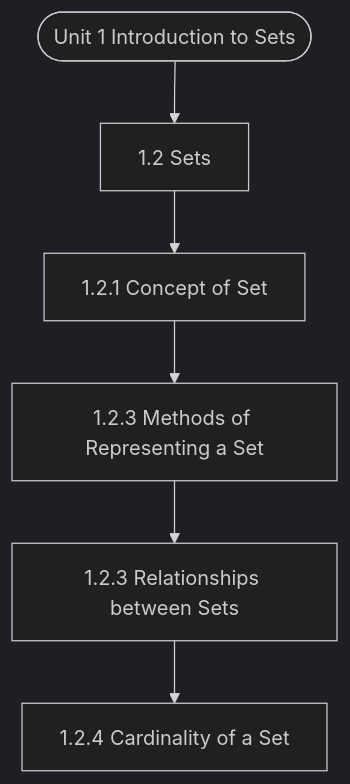
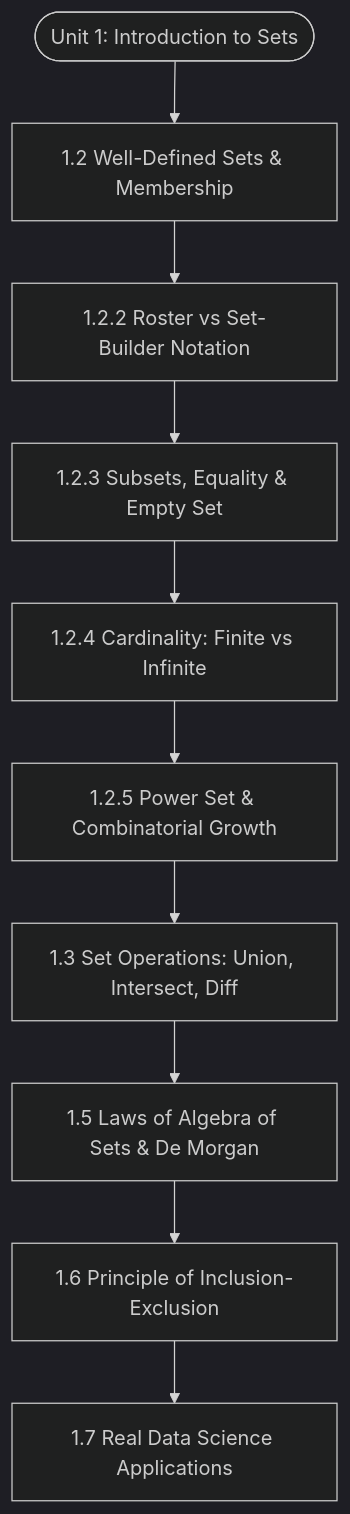
One commit to Asutosh-Coaching/mscdsa changed the diagram in notes/Semester_1/MCS-061_Mathematical_Foundations_-_I/unit_01_Introduction_to_Sets.md. Above: the diagram before and after it, drawn with Mermaid (dark theme). The commit also changed other lines of this file and 116 other files, not shown here.

````diff
--- a/notes/Semester_1/MCS-061_Mathematical_Foundations_-_I/unit_01_Introduction_to_Sets.md
+++ b/notes/Semester_1/MCS-061_Mathematical_Foundations_-_I/unit_01_Introduction_to_Sets.md
@@ -19,14 +37,22 @@
 ```mermaid
 flowchart TD
-  Start(["Unit 1 Introduction to Sets"])
-  N1["1.2 Sets"]
-  N2["1.2.1 Concept of Set"]
-  N3["1.2.3 Methods of Representing a Set"]
-  N4["1.2.3 Relationships between Sets"]
-  N5["1.2.4 Cardinality of a Set"]
+  Start(["Unit 1: Introduction to Sets"])
+  N1["1.2 Well-Defined Sets & Membership"]
+  N2["1.2.2 Roster vs Set-Builder Notation"]
+  N3["1.2.3 Subsets, Equality & Empty Set"]
+  N4["1.2.4 Cardinality: Finite vs Infinite"]
+  N5["1.2.5 Power Set & Combinatorial Growth"]
+  N6["1.3 Set Operations: Union, Intersect, Diff"]
+  N7["1.5 Laws of Algebra of Sets & De Morgan"]
+  N8["1.6 Principle of Inclusion-Exclusion"]
+  N9["1.7 Real Data Science Applications"]
   Start --> N1
   N1 --> N2
   N2 --> N3
   N3 --> N4
   N4 --> N5
+  N5 --> N6
+  N6 --> N7
+  N7 --> N8
+  N8 --> N9
 ```
````
